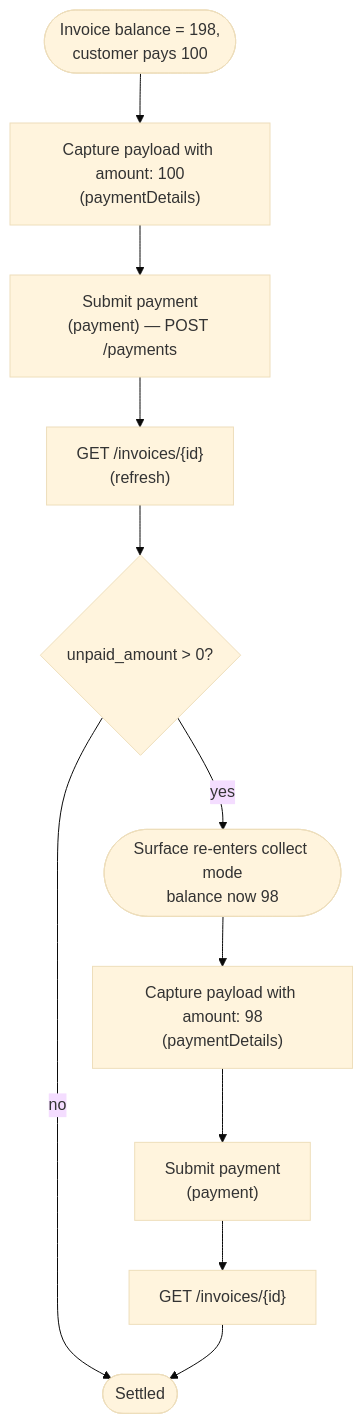
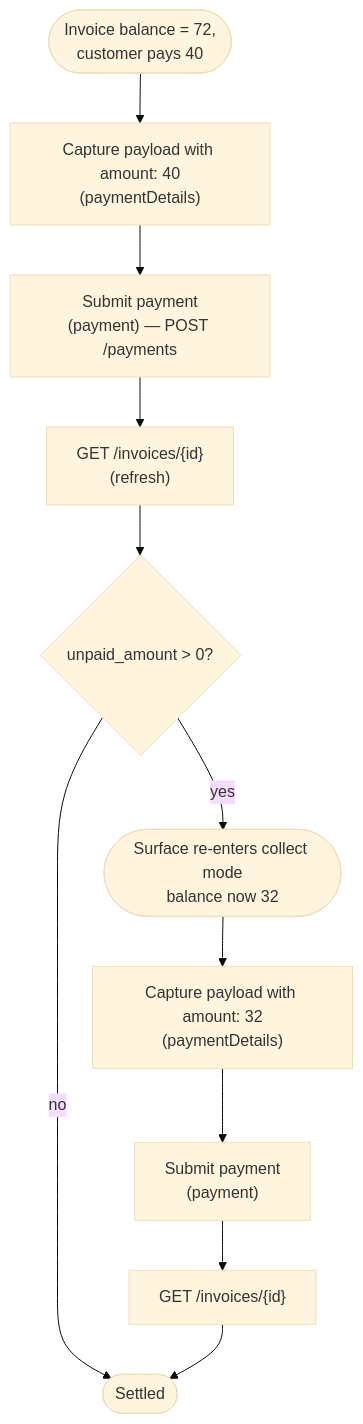
One commit to upmind/upmind-ui changed the third of 3 diagrams in packages/headless/src/modules/invoices/docs/foundation.md. Above: the diagram before and after it, drawn with Mermaid (base theme). The commit also changed other lines of this file and 8 other files, not shown here.

````diff
--- a/packages/headless/src/modules/invoices/docs/foundation.md
+++ b/packages/headless/src/modules/invoices/docs/foundation.md
@@ -668,13 +769,13 @@
 ```mermaid
 flowchart TD
-    A([Invoice balance = 198,<br/>customer pays 100]) --> B["Capture payload with amount: 100<br/>(paymentDetails)"]
+    A([Invoice balance = 72,<br/>customer pays 40]) --> B["Capture payload with amount: 40<br/>(paymentDetails)"]
     B --> C["Submit payment<br/>(payment) — POST /payments"]
     C --> D["GET /invoices/{id}<br/>(refresh)"]
     D --> E{unpaid_amount > 0?}
-    E -->|yes| F([Surface re-enters collect mode<br/>balance now 98])
+    E -->|yes| F([Surface re-enters collect mode<br/>balance now 32])
     E -->|no| G([Settled])
-    F --> H["Capture payload with amount: 98<br/>(paymentDetails)"]
+    F --> H["Capture payload with amount: 32<br/>(paymentDetails)"]
     H --> I["Submit payment<br/>(payment)"]
     I --> J["GET /invoices/{id}"]
     J --> G
 ```
````
